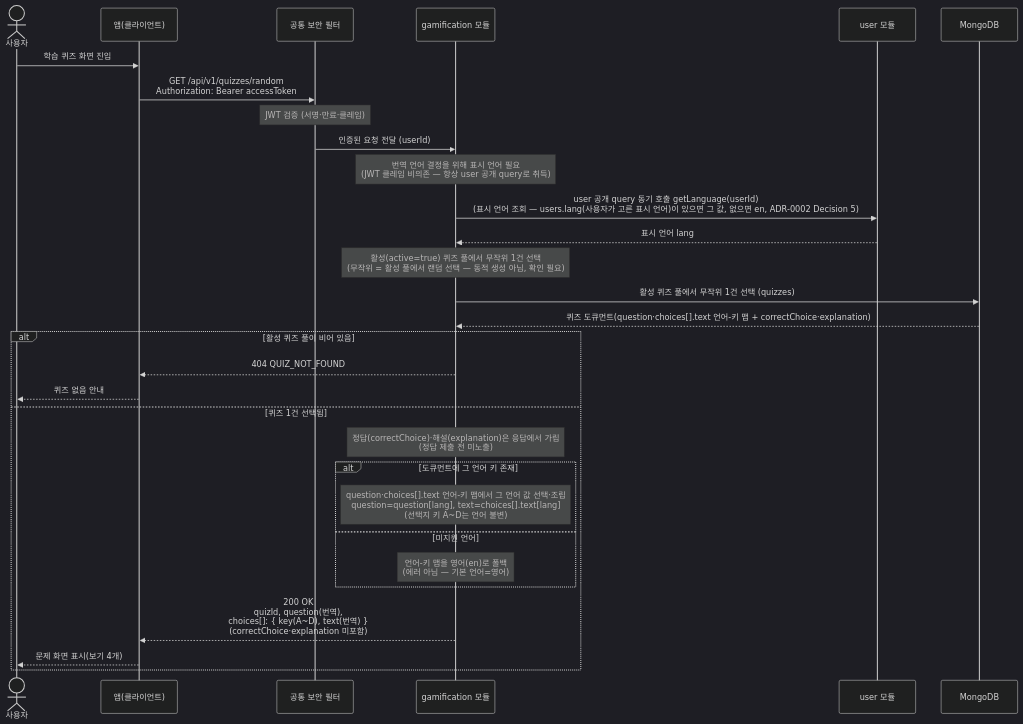
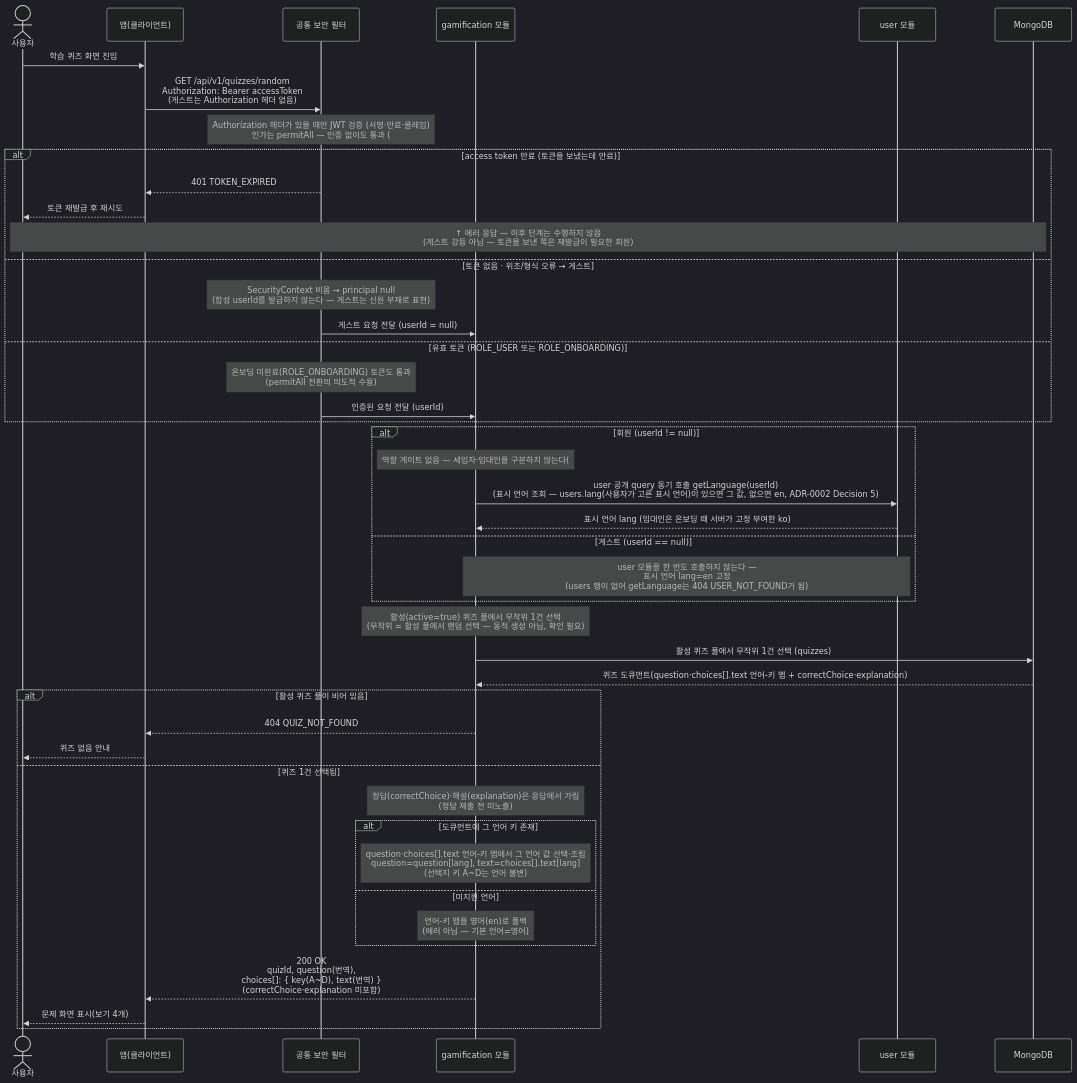
The diagram in docs/architecture/sequence-diagrams/06-gamification/us-6-1-random-quiz.md (jameskim9509/Kohere-backend), drawn with Mermaid (dark theme) before and after one commit. The commit also changed other lines of this file and 22 other files, not shown here.

````diff
--- a/docs/architecture/sequence-diagrams/06-gamification/us-6-1-random-quiz.md
+++ b/docs/architecture/sequence-diagrams/06-gamification/us-6-1-random-quiz.md
@@ -5,34 +5,51 @@
 ```mermaid
 sequenceDiagram
     actor U as 사용자
     participant C as 앱(클라이언트)
     participant SEC as 공통 보안 필터
     participant GAME as gamification 모듈
     participant USER as user 모듈
     participant DB as MongoDB
 
     U->>C: 학습 퀴즈 화면 진입
-    C->>SEC: GET /api/v1/quizzes/random<br/>Authorization: Bearer accessToken
-    Note over SEC: JWT 검증 (서명·만료·클레임)
-    SEC->>GAME: 인증된 요청 전달 (userId)
-    Note over GAME: 번역 언어 결정을 위해 표시 언어 필요<br/>(JWT 클레임 비의존 — 항상 user 공개 query로 취득)
-    GAME->>USER: user 공개 query 동기 호출 getLanguage(userId)<br/>(표시 언어 조회 — users.lang(사용자가 고른 표시 언어)이 있으면 그 값, 없으면 en, ADR-0002 Decision 5)
-    USER-->>GAME: 표시 언어 lang
+    C->>SEC: GET /api/v1/quizzes/random<br/>Authorization: Bearer accessToken<br/>(게스트는 Authorization 헤더 없음)
+    Note over SEC: Authorization 헤더가 있을 때만 JWT 검증 (서명·만료·클레임)<br/>인가는 permitAll — 인증 없이도 통과 (#181)
+
+    alt access token 만료 (토큰을 보냈는데 만료)
+        SEC-->>C: 401 TOKEN_EXPIRED
+        C-->>U: 토큰 재발급 후 재시도
+        Note over U,DB: ↑ 에러 응답 — 이후 단계는 수행하지 않음<br/>(게스트 강등 아님 — 토큰을 보낸 쪽은 재발급이 필요한 회원)
+    else 토큰 없음 · 위조/형식 오류 → 게스트
+        Note over SEC: SecurityContext 비움 → principal null<br/>(합성 userId를 발급하지 않는다 — 게스트는 신원 부재로 표현)
+        SEC->>GAME: 게스트 요청 전달 (userId = null)
+    else 유효 토큰 (ROLE_USER 또는 ROLE_ONBOARDING)
+        Note over SEC: 온보딩 미완료(ROLE_ONBOARDING) 토큰도 통과<br/>(permitAll 전환의 의도적 수용)
+        SEC->>GAME: 인증된 요청 전달 (userId)
+    end
+
+    alt 회원 (userId != null)
+        Note over GAME: 역할 게이트 없음 — 세입자·임대인을 구분하지 않는다(#181)<br/>getUserType을 호출하지 않으므로 403 FORBIDDEN 분기가 없다<br/>표시 언어만 필요(JWT 클레임 비의존 — 항상 user 공개 query로 취득)
+        GAME->>USER: user 공개 query 동기 호출 getLanguage(userId)<br/>(표시 언어 조회 — users.lang(사용자가 고른 표시 언어)이 있으면 그 값, 없으면 en, ADR-0002 Decision 5)
+        USER-->>GAME: 표시 언어 lang (임대인은 온보딩 때 서버가 고정 부여한 ko)
+    else 게스트 (userId == null)
+        Note over GAME,USER: user 모듈을 한 번도 호출하지 않는다 —<br/>표시 언어 lang=en 고정<br/>(users 행이 없어 getLanguage는 404 USER_NOT_FOUND가 됨)
+    end
+
     Note over GAME: 활성(active=true) 퀴즈 풀에서 무작위 1건 선택<br/>(무작위 = 활성 풀에서 랜덤 선택 — 동적 생성 아님, 확인 필요)
     GAME->>DB: 활성 퀴즈 풀에서 무작위 1건 선택 (quizzes)
     DB-->>GAME: 퀴즈 도큐먼트(question·choices[].text 언어-키 맵 + correctChoice·explanation)
 
     alt 활성 퀴즈 풀이 비어 있음
         GAME-->>C: 404 QUIZ_NOT_FOUND
         C-->>U: 퀴즈 없음 안내
     else 퀴즈 1건 선택됨
         Note over GAME: 정답(correctChoice)·해설(explanation)은 응답에서 가림<br/>(정답 제출 전 미노출)
         alt 도큐먼트에 그 언어 키 존재
             Note over GAME: question·choices[].text 언어-키 맵에서 그 언어 값 선택·조립<br/>question=question[lang], text=choices[].text[lang]<br/>(선택지 키 A~D는 언어 불변)
         else 미지원 언어
             Note over GAME: 언어-키 맵을 영어(en)로 폴백<br/>(에러 아님 — 기본 언어=영어)
         end
         GAME-->>C: 200 OK<br/>quizId, question(번역),<br/>choices[]: { key(A~D), text(번역) }<br/>(correctChoice·explanation 미포함)
         C-->>U: 문제 화면 표시(보기 4개)
     end
 ```
````
